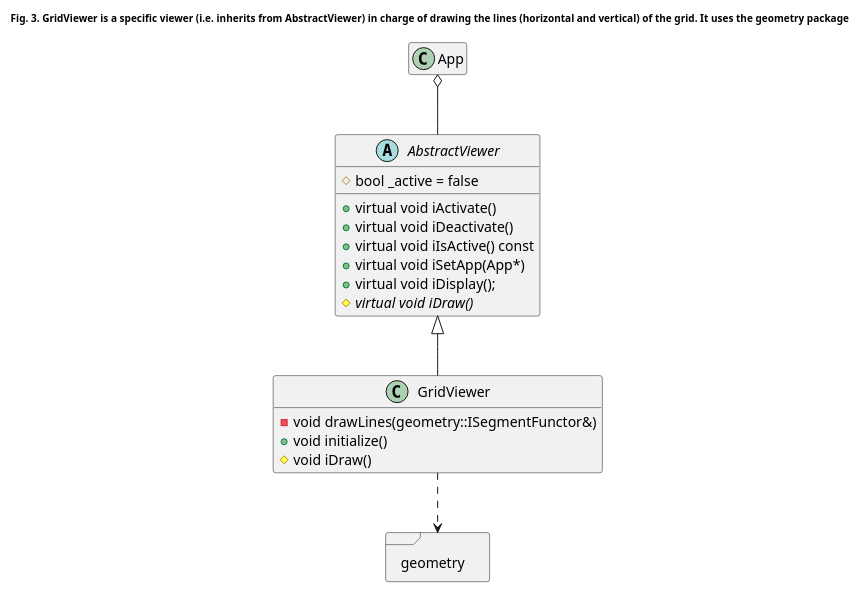
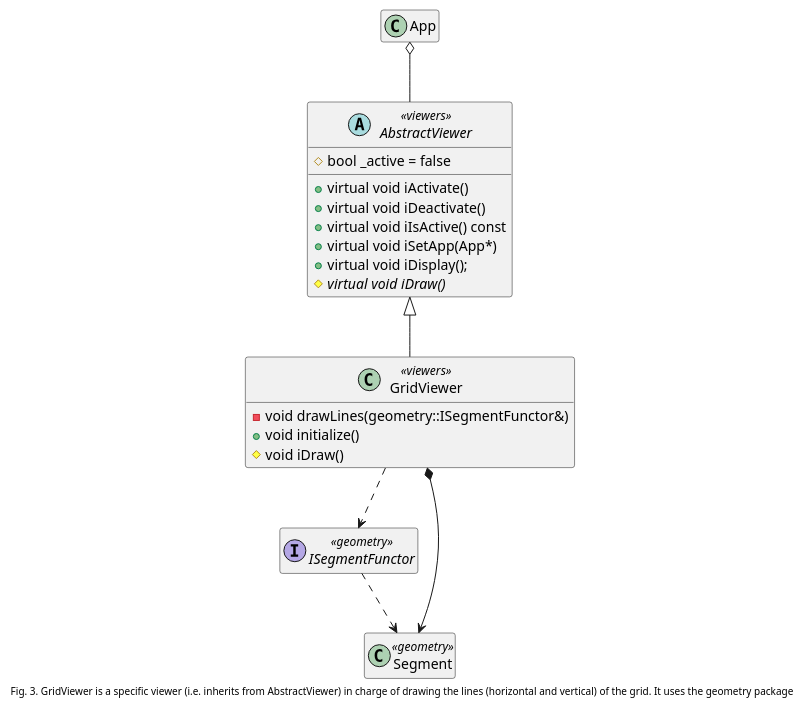
The third of 4 diagrams in _posts/modsim/2020-09-29-sfml-2d-grid.md (kanmeugne/kanmeugne.github.io), drawn with PlantUML before and after one commit. The commit also changed other lines of this file, not shown here.

```diff
--- a/_posts/modsim/2020-09-29-sfml-2d-grid.md
+++ b/_posts/modsim/2020-09-29-sfml-2d-grid.md
@@ -141,40 +192,43 @@
 {% plantuml %}
-
 @startuml
-title
+caption
 <size:10> Fig. 3. GridViewer is a specific viewer (i.e. inherits from AbstractViewer) in charge of drawing the lines (horizontal and vertical) of the grid. It uses the geometry package </size>
-end title
+end caption
 class App {
     + {static} const int DEFAULT_HEIGHT
     + {static} const int DEFAULT_WIDTH
     + {static} const int DEFAULT_RESX
     + {static} const int DEFAULT_RESY
     + void run()
     + void display()
 }
-abstract class AbstractViewer {
+abstract class AbstractViewer <<viewers>> {
     + virtual void iActivate()
     + virtual void iDeactivate()
     + virtual void iIsActive() const
     + virtual void iSetApp(App*)
     + virtual void iDisplay();
     # {abstract} virtual void iDraw()
     # bool _active = false
 }
-class GridViewer {
+class GridViewer <<viewers>> extends AbstractViewer {
     - void drawLines(geometry::ISegmentFunctor&)
     + void initialize()
     # void iDraw()
 }
-package geometry <<Frame>>{
+interface ISegmentFunctor <<geometry>>
+class Segment <<geometry>>
 
-}
-class GridViewer extends AbstractViewer
+ISegmentFunctor ..> Segment
 App o-- AbstractViewer
-GridViewer ..> geometry
+GridViewer ..> ISegmentFunctor
+GridViewer *--> Segment
+
 hide App members
+hide ISegmentFunctor members
+hide Segment members
 hide GridViewer fields
 
 @enduml
 
 {% endplantuml %}
```
